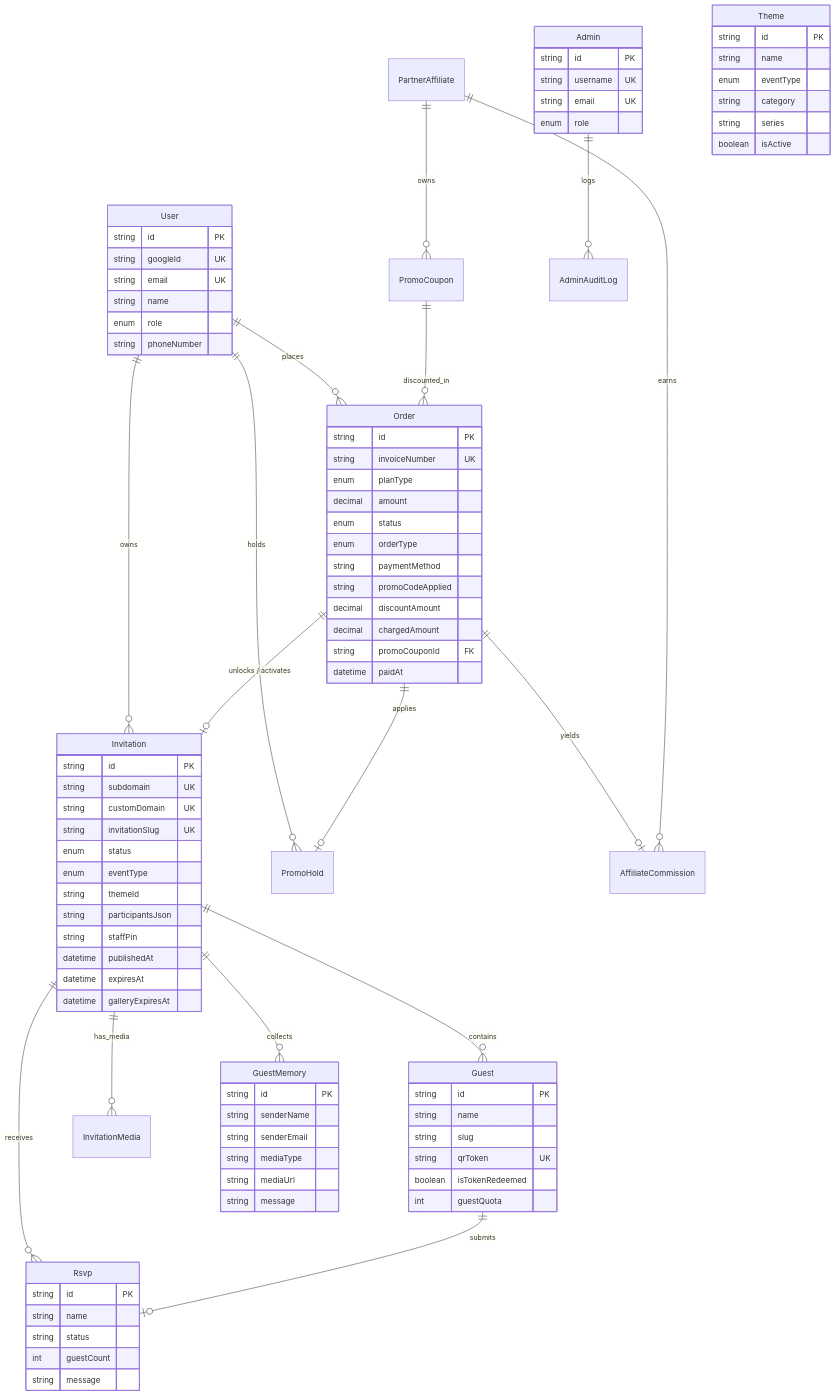
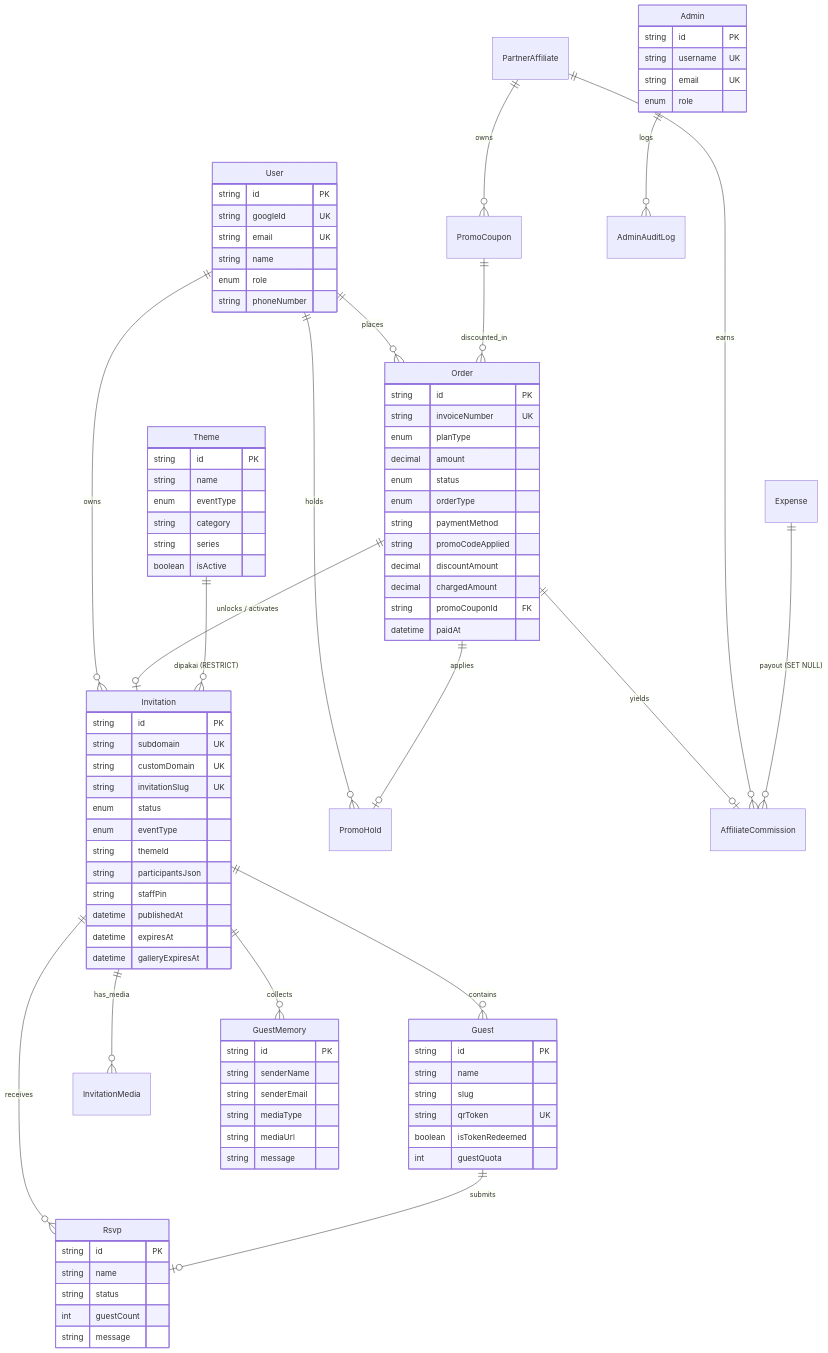
Before and after one commit to armansyam/luxenary-invite: the first of 3 diagrams in docs/DATABASE_SCHEMA_DAN_RELASI.md, drawn with Mermaid. The commit also changed other lines of this file and 10 other files, not shown here.

First line of the commit message:
feat(db): FK theme and payout expense, numeric(12,2) order amount, drop dead column

```diff
--- a/docs/DATABASE_SCHEMA_DAN_RELASI.md
+++ b/docs/DATABASE_SCHEMA_DAN_RELASI.md
@@ -22,6 +22,8 @@
     Invitation ||--o{ InvitationMedia : "has_media"
     Invitation ||--o{ Rsvp : "receives"
     Invitation ||--o{ GuestMemory : "collects"
+    Theme ||--o{ Invitation : "dipakai (RESTRICT)"
+    Expense ||--o{ AffiliateCommission : "payout (SET NULL)"
     Guest ||--o| Rsvp : "submits"
     Admin ||--o{ AdminAuditLog : "logs"
 
```
